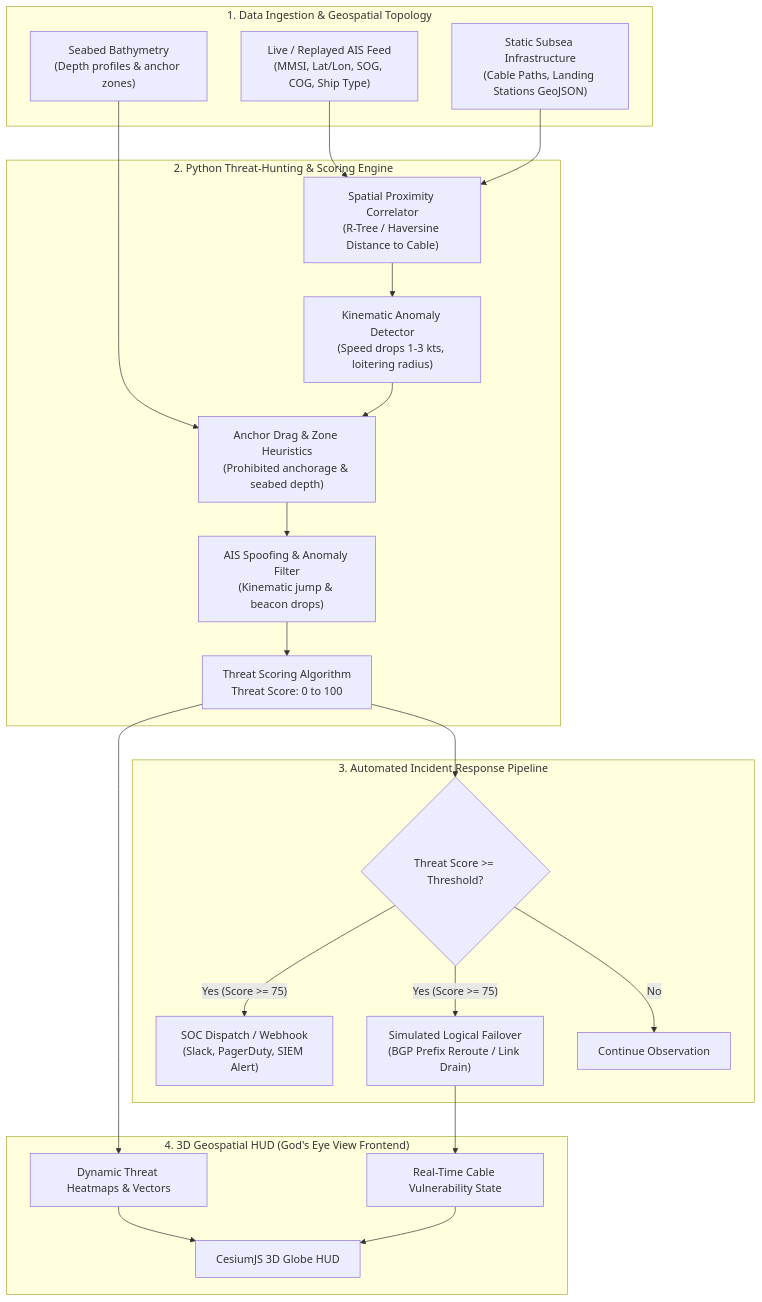
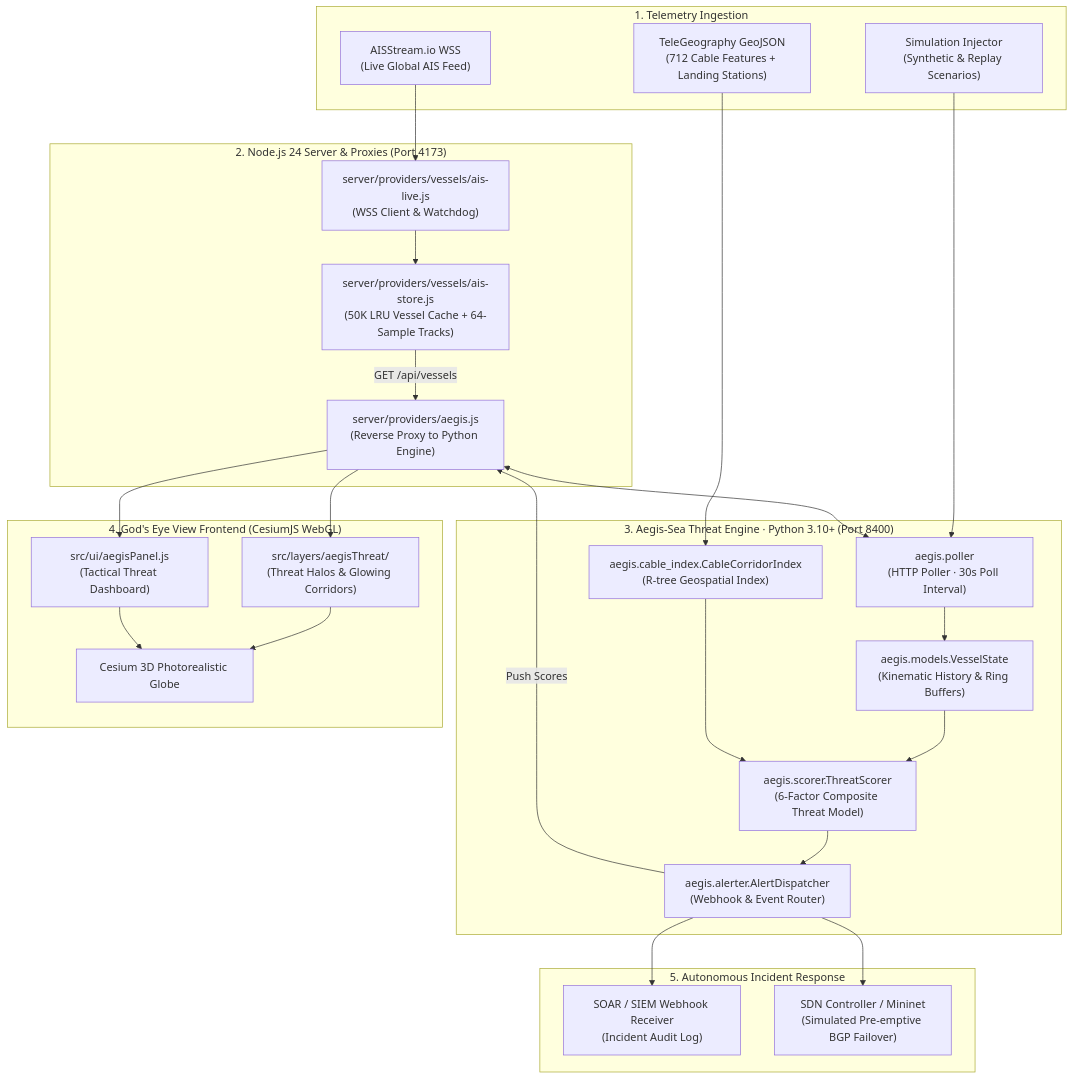
One commit to R4Y3D/aegis-sea changed the second of 3 diagrams in README.md. Above: the diagram before and after it, drawn with Mermaid. The commit also changed other lines of this file, not shown here.

Commit message:
docs: overhaul README with research-grade Aegis-Sea capstone blueprint and roadmap

````diff
--- a/README.md
+++ b/README.md
@@ -91,49 +167,55 @@
 ```mermaid
 flowchart TD
-    subgraph DataIngestion ["1. Data Ingestion & Geospatial Topology"]
-        AIS["Live / Replayed AIS Feed\n(MMSI, Lat/Lon, SOG, COG, Ship Type)"]
-        Cables["Static Subsea Infrastructure\n(Cable Paths, Landing Stations GeoJSON)"]
-        Bathymetry["Seabed Bathymetry\n(Depth profiles & anchor zones)"]
+    subgraph ExtFeeds["1. Telemetry Ingestion"]
+        AIS_WSS["AISStream.io WSS<br/>(Live Global AIS Feed)"]
+        SIM_FEED["Simulation Injector<br/>(Synthetic & Replay Scenarios)"]
+        TG_GEO["TeleGeography GeoJSON<br/>(712 Cable Features + Landing Stations)"]
     end
 
-    subgraph ScoringEngine ["2. Python Threat-Hunting & Scoring Engine"]
-        SpatialCorr["Spatial Proximity Correlator\n(R-Tree / Haversine Distance to Cable)"]
-        Kinematics["Kinematic Anomaly Detector\n(Speed drops 1-3 kts, loitering radius)"]
-        AnchorHeuristics["Anchor Drag & Zone Heuristics\n(Prohibited anchorage & seabed depth)"]
-        SpoofDetector["AIS Spoofing & Anomaly Filter\n(Kinematic jump & beacon drops)"]
+    subgraph NodeMiddleware["2. Node.js 24 Server & Proxies (Port 4173)"]
+        AIS_LIVE["server/providers/vessels/ais-live.js<br/>(WSS Client & Watchdog)"]
+        AIS_STORE["server/providers/vessels/ais-store.js<br/>(50K LRU Vessel Cache + 64-Sample Tracks)"]
+        PROXY["server/providers/aegis.js<br/>(Reverse Proxy to Python Engine)"]
         
-        ThreatCalc["Threat Scoring Algorithm\nThreat Score: 0 to 100"]
+        AIS_LIVE --> AIS_STORE
+        AIS_STORE -->|GET /api/vessels| PROXY
     end
 
-    subgraph DecisionResponse ["3. Automated Incident Response Pipeline"]
-        Threshold{"Threat Score >= Threshold?"}
-        SOCAlert["SOC Dispatch / Webhook\n(Slack, PagerDuty, SIEM Alert)"]
-        TrafficFailover["Simulated Logical Failover\n(BGP Prefix Reroute / Link Drain)"]
-        NormalState["Continue Observation"]
+    subgraph PyEngine["3. Aegis-Sea Threat Engine · Python 3.10+ (Port 8400)"]
+        POLLER["aegis.poller<br/>(HTTP Poller · 30s Poll Interval)"]
+        VSTATE["aegis.models.VesselState<br/>(Kinematic History & Ring Buffers)"]
+        RTREE["aegis.cable_index.CableCorridorIndex<br/>(R-tree Geospatial Index)"]
+        SCORER["aegis.scorer.ThreatScorer<br/>(6-Factor Composite Threat Model)"]
+        ALERTER["aegis.alerter.AlertDispatcher<br/>(Webhook & Event Router)"]
+        
+        POLLER --> VSTATE
+        TG_GEO --> RTREE
+        VSTATE --> SCORER
+        RTREE --> SCORER
+        SCORER --> ALERTER
     end
 
-    subgraph VisualizationLayer ["4. 3D Geospatial HUD (God's Eye View Frontend)"]
-        HUD["CesiumJS 3D Globe HUD"]
-        ThreatVectors["Dynamic Threat Heatmaps & Vectors"]
-        CableStatus["Real-Time Cable Vulnerability State"]
+    subgraph ClientUI["4. God's Eye View Frontend (CesiumJS WebGL)"]
+        CESIUM["Cesium 3D Photorealistic Globe"]
+        THREAT_LAYER["src/layers/aegisThreat/<br/>(Threat Halos & Glowing Corridors)"]
+        HUD_PANEL["src/ui/aegisPanel.js<br/>(Tactical Threat Dashboard)"]
+        
+        THREAT_LAYER --> CESIUM
+        HUD_PANEL --> CESIUM
     end
 
-    AIS --> SpatialCorr
-    Cables --> SpatialCorr
-    Bathymetry --> AnchorHeuristics
+    subgraph AutomatedResponse["5. Autonomous Incident Response"]
+        SOAR_WH["SOAR / SIEM Webhook Receiver<br/>(Incident Audit Log)"]
+        SDN_CTRL["SDN Controller / Mininet<br/>(Simulated Pre-emptive BGP Failover)"]
+        
+        ALERTER --> SOAR_WH
+        ALERTER --> SDN_CTRL
+    end
 
-    SpatialCorr --> Kinematics
-    Kinematics --> AnchorHeuristics
-    AnchorHeuristics --> SpoofDetector
-    SpoofDetector --> ThreatCalc
-
-    ThreatCalc --> Threshold
-    Threshold -- "Yes (Score >= 75)" --> SOCAlert
-    Threshold -- "Yes (Score >= 75)" --> TrafficFailover
-    Threshold -- "No" --> NormalState
-
-    ThreatCalc --> ThreatVectors
-    TrafficFailover --> CableStatus
-    ThreatVectors --> HUD
-    CableStatus --> HUD
+    AIS_WSS --> AIS_LIVE
+    SIM_FEED --> POLLER
+    PROXY <--> POLLER
+    ALERTER -->|Push Scores| PROXY
+    PROXY --> THREAT_LAYER
+    PROXY --> HUD_PANEL
 ```
````
